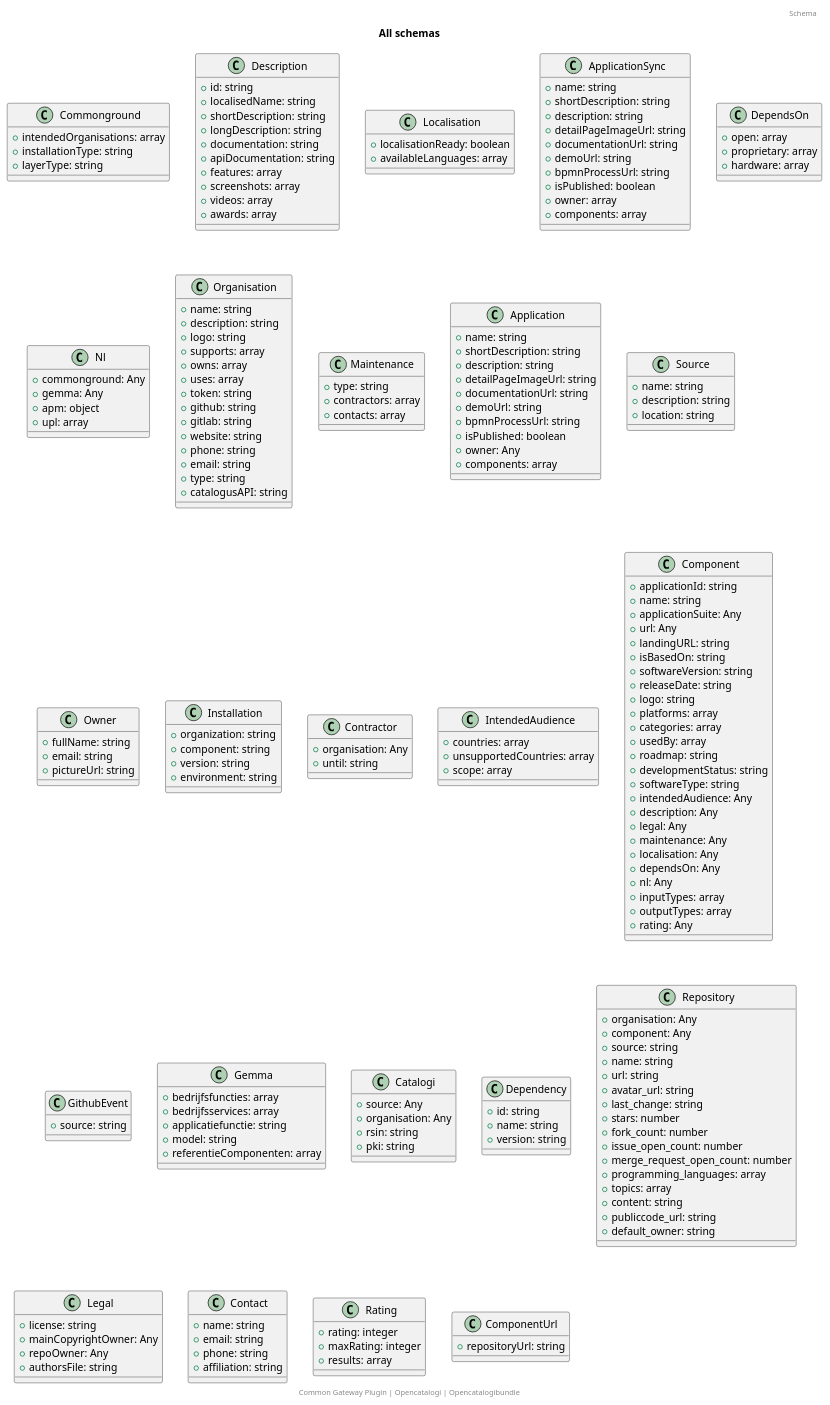
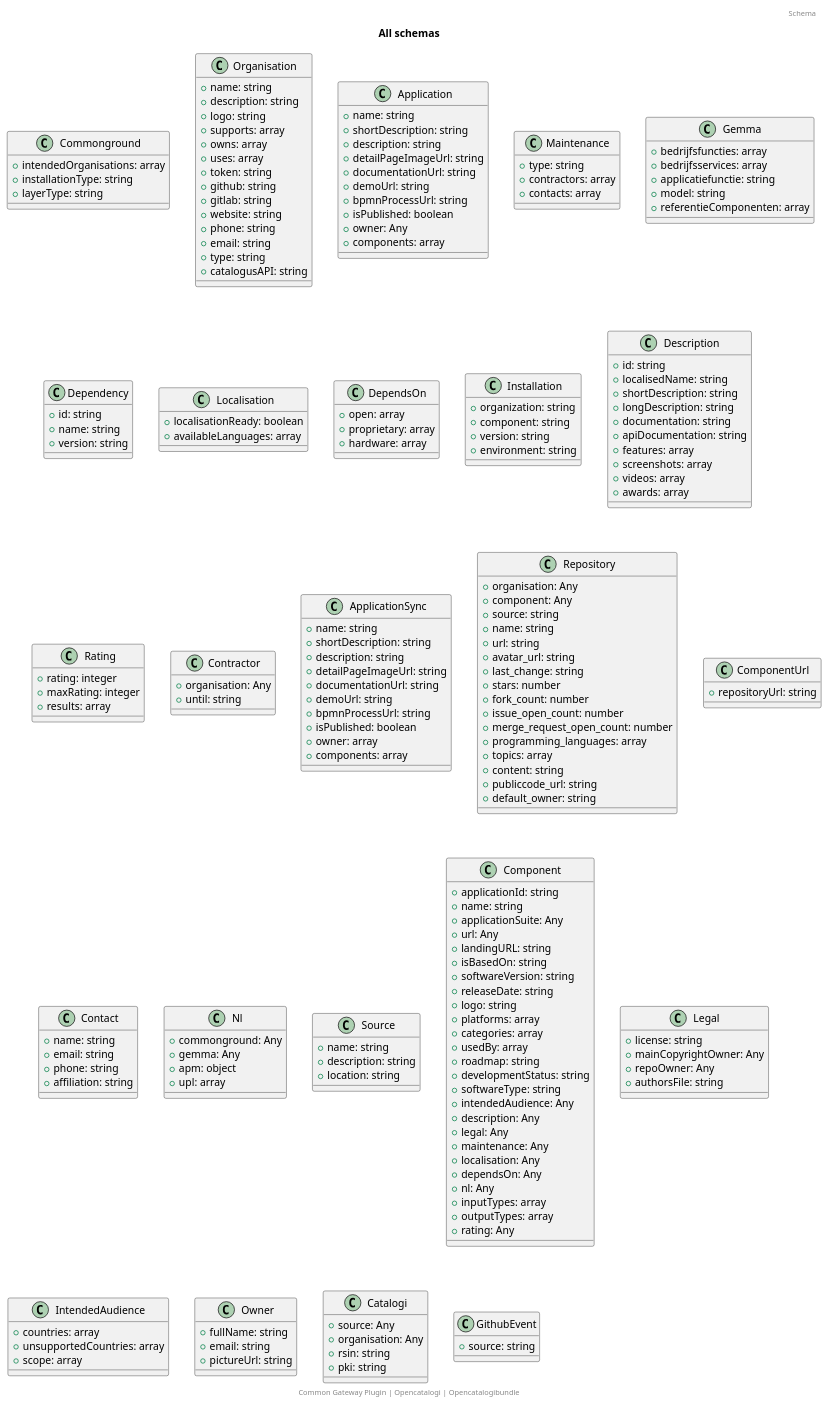
One commit to OpenCatalogi/OpenCatalogiBundle changed the diagram in docs/schema/all_schema_classes.puml. Above: the diagram before and after it, drawn with PlantUML. The commit also changed other lines of this file and 1 other file, not shown here.

```diff
--- a/docs/schema/all_schema_classes.puml
+++ b/docs/schema/all_schema_classes.puml
@@ -1,193 +1,193 @@
 @startuml
 title: All schemas
 footer: Common Gateway Plugin | Opencatalogi | Opencatalogibundle 
 header: Schema
 class Commonground {
   + intendedOrganisations: array
   + installationType: string
   + layerType: string
-}
-class Description {
-  + id: string
-  + localisedName: string
-  + shortDescription: string
-  + longDescription: string
-  + documentation: string
-  + apiDocumentation: string
-  + features: array
-  + screenshots: array
-  + videos: array
-  + awards: array
-}
-class Localisation {
-  + localisationReady: boolean
-  + availableLanguages: array
-}
-class ApplicationSync {
-  + name: string
-  + shortDescription: string
-  + description: string
-  + detailPageImageUrl: string
-  + documentationUrl: string
-  + demoUrl: string
-  + bpmnProcessUrl: string
-  + isPublished: boolean
-  + owner: array
-  + components: array
-}
-class DependsOn {
-  + open: array
-  + proprietary: array
-  + hardware: array
-}
-class Nl {
-  + commonground: Any
-  + gemma: Any
-  + apm: object
-  + upl: array
 }
 class Organisation {
   + name: string
   + description: string
   + logo: string
   + supports: array
   + owns: array
   + uses: array
   + token: string
   + github: string
   + gitlab: string
   + website: string
   + phone: string
   + email: string
   + type: string
   + catalogusAPI: string
 }
-class Maintenance {
-  + type: string
-  + contractors: array
-  + contacts: array
-}
 class Application {
   + name: string
   + shortDescription: string
   + description: string
   + detailPageImageUrl: string
   + documentationUrl: string
   + demoUrl: string
   + bpmnProcessUrl: string
   + isPublished: boolean
   + owner: Any
   + components: array
 }
-class Source {
+class Maintenance {
+  + type: string
+  + contractors: array
+  + contacts: array
+}
+class Gemma {
+  + bedrijfsfuncties: array
+  + bedrijfsservices: array
+  + applicatiefunctie: string
+  + model: string
+  + referentieComponenten: array
+}
+class Dependency {
+  + id: string
   + name: string
-  + description: string
-  + location: string
+  + version: string
 }
-class Owner {
-  + fullName: string
-  + email: string
-  + pictureUrl: string
+class Localisation {
+  + localisationReady: boolean
+  + availableLanguages: array
+}
+class DependsOn {
+  + open: array
+  + proprietary: array
+  + hardware: array
 }
 class Installation {
   + organization: string
   + component: string
   + version: string
   + environment: string
 }
+class Description {
+  + id: string
+  + localisedName: string
+  + shortDescription: string
+  + longDescription: string
+  + documentation: string
+  + apiDocumentation: string
+  + features: array
+  + screenshots: array
+  + videos: array
+  + awards: array
+}
+class Rating {
+  + rating: integer
+  + maxRating: integer
+  + results: array
+}
 class Contractor {
   + organisation: Any
   + until: string
 }
-class IntendedAudience {
-  + countries: array
-  + unsupportedCountries: array
-  + scope: array
+class ApplicationSync {
+  + name: string
+  + shortDescription: string
+  + description: string
+  + detailPageImageUrl: string
+  + documentationUrl: string
+  + demoUrl: string
+  + bpmnProcessUrl: string
+  + isPublished: boolean
+  + owner: array
+  + components: array
+}
+class Repository {
+  + organisation: Any
+  + component: Any
+  + source: string
+  + name: string
+  + url: string
+  + avatar_url: string
+  + last_change: string
+  + stars: number
+  + fork_count: number
+  + issue_open_count: number
+  + merge_request_open_count: number
+  + programming_languages: array
+  + topics: array
+  + content: string
+  + publiccode_url: string
+  + default_owner: string
+}
+class ComponentUrl {
+  + repositoryUrl: string
+}
+class Contact {
+  + name: string
+  + email: string
+  + phone: string
+  + affiliation: string
+}
+class Nl {
+  + commonground: Any
+  + gemma: Any
+  + apm: object
+  + upl: array
+}
+class Source {
+  + name: string
+  + description: string
+  + location: string
 }
 class Component {
   + applicationId: string
   + name: string
   + applicationSuite: Any
   + url: Any
   + landingURL: string
   + isBasedOn: string
   + softwareVersion: string
   + releaseDate: string
   + logo: string
   + platforms: array
   + categories: array
   + usedBy: array
   + roadmap: string
   + developmentStatus: string
   + softwareType: string
   + intendedAudience: Any
   + description: Any
   + legal: Any
   + maintenance: Any
   + localisation: Any
   + dependsOn: Any
   + nl: Any
   + inputTypes: array
   + outputTypes: array
   + rating: Any
 }
-class GithubEvent {
-  + source: string
+class Legal {
+  + license: string
+  + mainCopyrightOwner: Any
+  + repoOwner: Any
+  + authorsFile: string
 }
-class Gemma {
-  + bedrijfsfuncties: array
-  + bedrijfsservices: array
-  + applicatiefunctie: string
-  + model: string
-  + referentieComponenten: array
+class IntendedAudience {
+  + countries: array
+  + unsupportedCountries: array
+  + scope: array
+}
+class Owner {
+  + fullName: string
+  + email: string
+  + pictureUrl: string
 }
 class Catalogi {
   + source: Any
   + organisation: Any
   + rsin: string
   + pki: string
 }
-class Dependency {
-  + id: string
-  + name: string
-  + version: string
-}
-class Repository {
-  + organisation: Any
-  + component: Any
+class GithubEvent {
   + source: string
-  + name: string
-  + url: string
-  + avatar_url: string
-  + last_change: string
-  + stars: number
-  + fork_count: number
-  + issue_open_count: number
-  + merge_request_open_count: number
-  + programming_languages: array
-  + topics: array
-  + content: string
-  + publiccode_url: string
-  + default_owner: string
-}
-class Legal {
-  + license: string
-  + mainCopyrightOwner: Any
-  + repoOwner: Any
-  + authorsFile: string
-}
-class Contact {
-  + name: string
-  + email: string
-  + phone: string
-  + affiliation: string
-}
-class Rating {
-  + rating: integer
-  + maxRating: integer
-  + results: array
-}
-class ComponentUrl {
-  + repositoryUrl: string
 }
 @enduml
```
